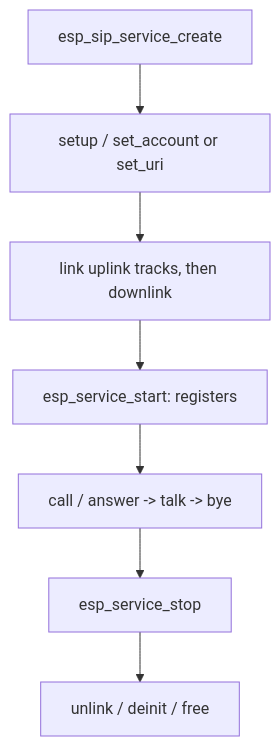
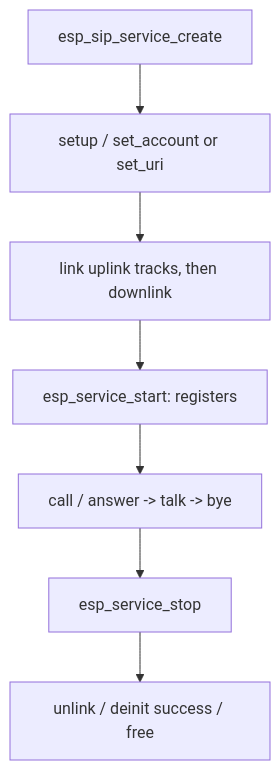
The second of 2 diagrams in components/esp_sip_service/README.md (espressif/esp-adf), drawn with Mermaid before and after one commit. The commit also changed other lines of this file and 221 other files, not shown here.

````diff
--- a/components/esp_sip_service/README.md
+++ b/components/esp_sip_service/README.md
@@ -49,9 +49,9 @@
 ```mermaid
 flowchart TD
     A[esp_sip_service_create] --> B[setup / set_account or set_uri]
     B --> C[link uplink tracks, then downlink]
     C --> D[esp_service_start: registers]
     D --> E[call / answer -> talk -> bye]
     E --> F[esp_service_stop]
-    F --> G[unlink / deinit / free]
+    F --> G[unlink / deinit success / free]
 ```
````
